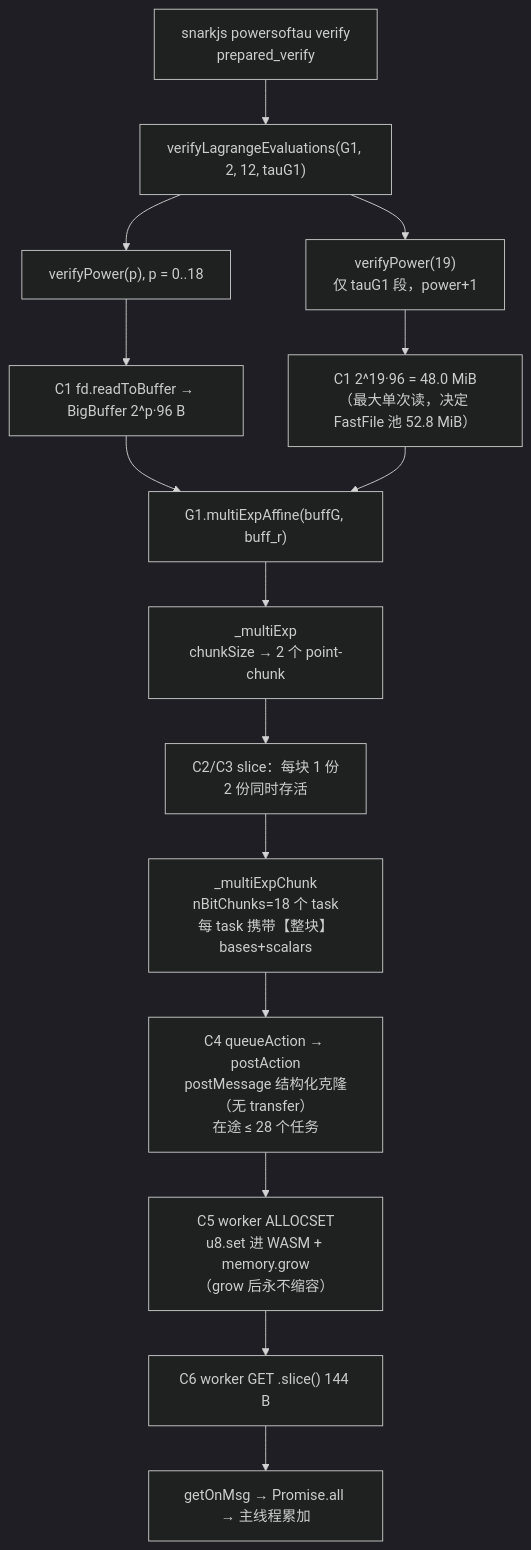
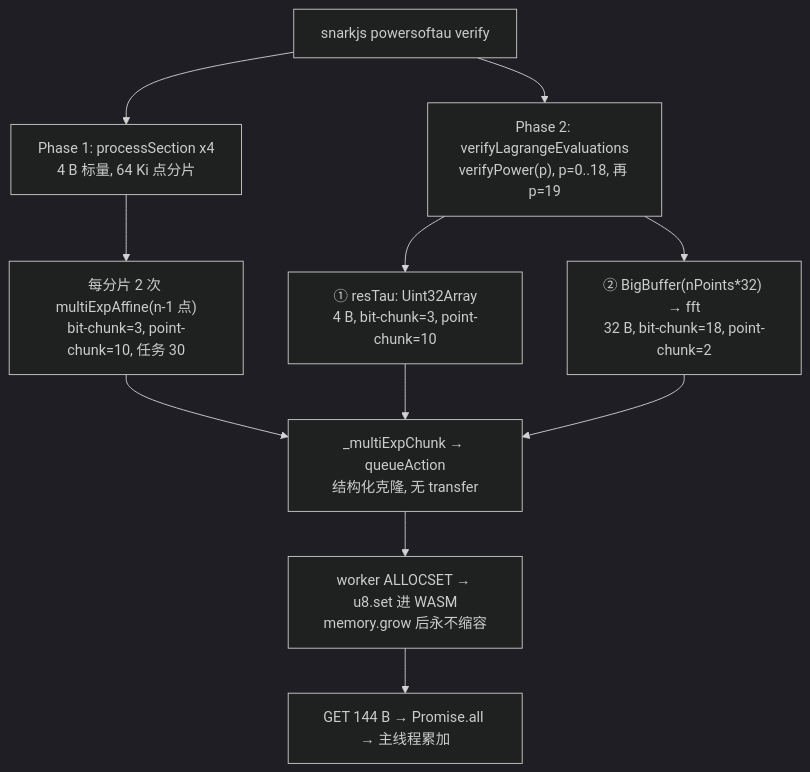
The first of 2 diagrams in docs/M5_PROBE_DESIGN.md (kaikai-cao/srs-optimization), drawn with Mermaid (dark theme) before and after one commit. The commit also changed other lines of this file and 2 other files, not shown here.

First line of the commit message:
fix(m5a): correct scalar-width accounting and phase1 worker baseline

````diff
--- a/docs/M5_PROBE_DESIGN.md
+++ b/docs/M5_PROBE_DESIGN.md
@@ -76,17 +95,13 @@
 ```mermaid
 flowchart TD
-    A["snarkjs powersoftau verify<br/>prepared_verify"] --> B["verifyLagrangeEvaluations(G1, 2, 12, tauG1)"]
-    B --> C["verifyPower(p), p = 0..18"]
-    B --> C2["verifyPower(19)<br/>仅 tauG1 段，power+1"]
-    C --> D["C1 fd.readToBuffer → BigBuffer 2^p·96 B"]
-    C2 --> D2["C1 2^19·96 = 48.0 MiB<br/>（最大单次读，决定 FastFile 池 52.8 MiB）"]
-    D --> E["G1.multiExpAffine(buffG, buff_r)"]
-    D2 --> E
-    E --> F["_multiExp<br/>chunkSize → 2 个 point-chunk"]
-    F --> G["C2/C3 slice：每块 1 份<br/>2 份同时存活"]
-    G --> H["_multiExpChunk<br/>nBitChunks=18 个 task<br/>每 task 携带【整块】bases+scalars"]
-    H --> I["C4 queueAction → postAction<br/>postMessage 结构化克隆（无 transfer）<br/>在途 ≤ 28 个任务"]
-    I --> J["C5 worker ALLOCSET<br/>u8.set 进 WASM + memory.grow<br/>（grow 后永不缩容）"]
-    J --> K["C6 worker GET .slice() 144 B"]
-    K --> L["getOnMsg → Promise.all → 主线程累加"]
+    A["snarkjs powersoftau verify"] --> A1["Phase 1: processSection x4<br/>4 B 标量, 64 Ki 点分片"]
+    A --> B1["Phase 2: verifyLagrangeEvaluations<br/>verifyPower(p), p=0..18, 再 p=19"]
+    A1 --> A2["每分片 2 次 multiExpAffine(n-1 点)<br/>bit-chunk=3, point-chunk=10, 任务 30"]
+    B1 --> B2["① resTau: Uint32Array<br/>4 B, bit-chunk=3, point-chunk=10"]
+    B1 --> B3["② BigBuffer(nPoints*32) → fft<br/>32 B, bit-chunk=18, point-chunk=2"]
+    A2 --> C["_multiExpChunk → queueAction<br/>结构化克隆, 无 transfer"]
+    B2 --> C
+    B3 --> C
+    C --> D["worker ALLOCSET → u8.set 进 WASM<br/>memory.grow 后永不缩容"]
+    D --> E["GET 144 B → Promise.all → 主线程累加"]
 ```
````
